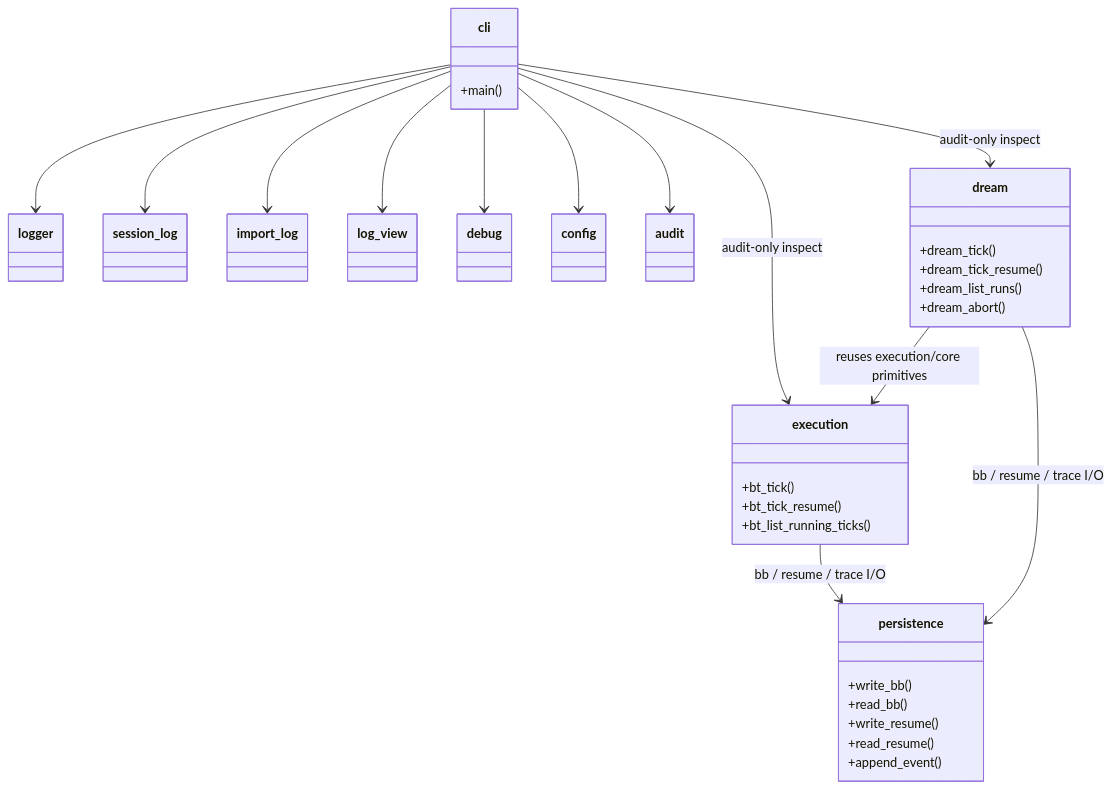
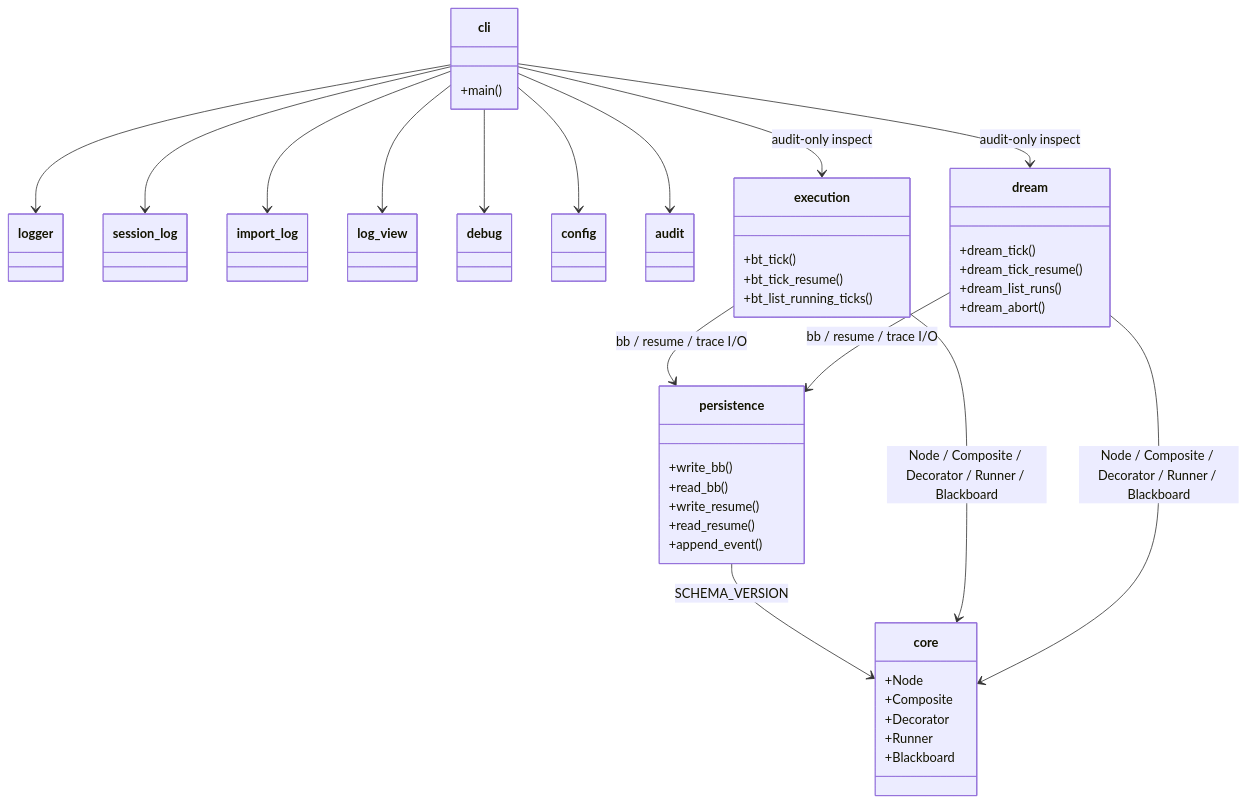
Before and after one commit to nan023062/agent-team-cc: the diagram in v1/kernel/engine/.dna/module.md, drawn with Mermaid. The commit also changed other lines of this file and 3 other files, not shown here.

First line of the commit message:
refactor(engine): promote core/ and persistence/ as engine-level primitives

````diff
--- a/v1/kernel/engine/.dna/module.md
+++ b/v1/kernel/engine/.dna/module.md
@@ -20,44 +20,53 @@
 ```mermaid
 classDiagram
     class cli {
         +main()
     }
     class logger
     class session_log
     class import_log
     class log_view
     class debug
     class config
     class audit
+    class core {
+        +Node
+        +Composite
+        +Decorator
+        +Runner
+        +Blackboard
+    }
     class persistence {
         +write_bb()
         +read_bb()
         +write_resume()
         +read_resume()
         +append_event()
     }
     class execution {
         +bt_tick()
         +bt_tick_resume()
         +bt_list_running_ticks()
     }
     class dream {
         +dream_tick()
         +dream_tick_resume()
         +dream_list_runs()
         +dream_abort()
     }
 
     cli --> logger
     cli --> session_log
     cli --> import_log
     cli --> log_view
     cli --> debug
     cli --> config
     cli --> audit
     cli --> execution : audit-only inspect
     cli --> dream : audit-only inspect
+    persistence --> core : SCHEMA_VERSION
+    execution --> core : Node / Composite / Decorator / Runner / Blackboard
     execution --> persistence : bb / resume / trace I/O
+    dream --> core : Node / Composite / Decorator / Runner / Blackboard
     dream --> persistence : bb / resume / trace I/O
-    dream --> execution : reuses execution/core primitives
 ```
````
